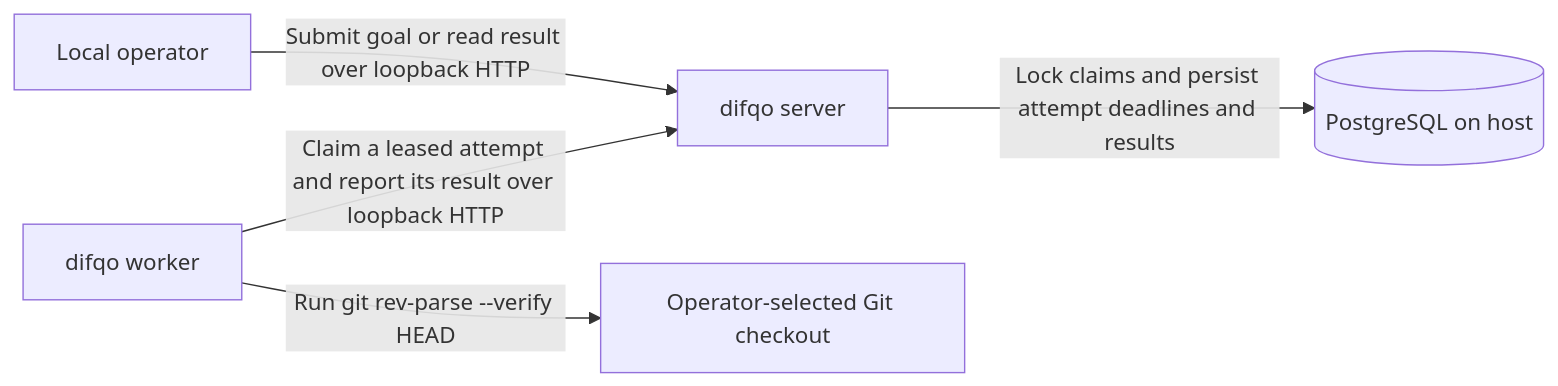
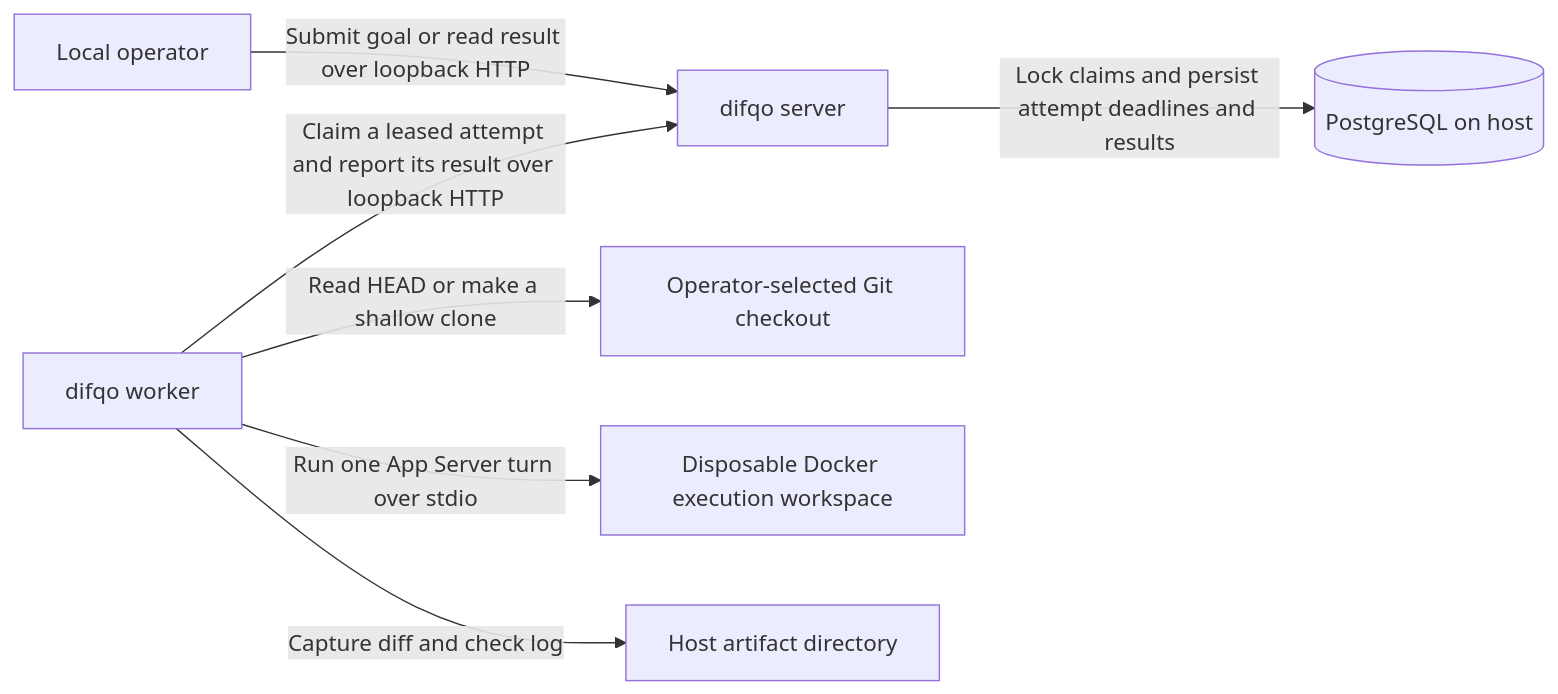
One commit to nep-ai/difqo changed the first of 2 diagrams in docs/architecture.md. Above: the diagram before and after it, drawn with Mermaid. The commit also changed other lines of this file and 16 other files, not shown here.

First line of the commit message:
Run bounded Codex tasks in Docker (#16)

````diff
--- a/docs/architecture.md
+++ b/docs/architecture.md
@@ -5,7 +5,9 @@
 ```mermaid
 flowchart LR
     Operator["Local operator"] -->|"Submit goal or read result over loopback HTTP"| Server["difqo server"]
     Worker["difqo worker"] -->|"Claim a leased attempt and report its result over loopback HTTP"| Server
     Server -->|"Lock claims and persist attempt deadlines and results"| Postgres[("PostgreSQL on host")]
-    Worker -->|"Run git rev-parse --verify HEAD"| Repo["Operator-selected Git checkout"]
+    Worker -->|"Read HEAD or make a shallow clone"| Repo["Operator-selected Git checkout"]
+    Worker -->|"Run one App Server turn over stdio"| Codex["Disposable Docker execution workspace"]
+    Worker -->|"Capture diff and check log"| Artifacts["Host artifact directory"]
 ```
````
